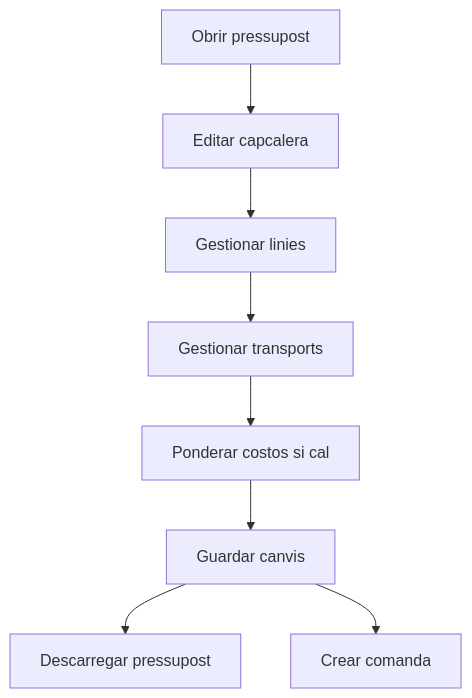
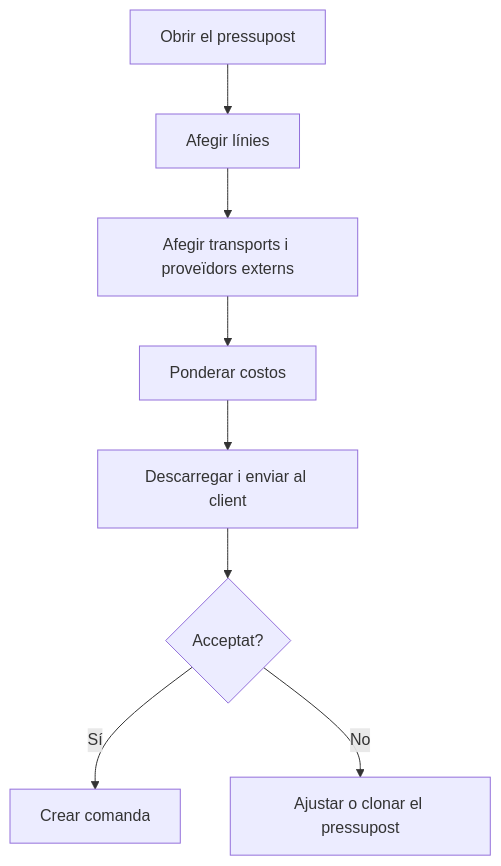
Before and after one commit to MGurtD/lilith: the diagram in frontend/src/help/ca/sales/budget/detail.md, drawn with Mermaid. The commit also changed other lines of this file and 331 other files, not shown here.

````diff
--- a/frontend/src/help/ca/sales/budget/detail.md
+++ b/frontend/src/help/ca/sales/budget/detail.md
@@ -42,10 +62,10 @@
 ```mermaid
 flowchart TD
-    A[Obrir pressupost] --> B[Editar capcalera]
-    B --> C[Gestionar linies]
-    C --> D[Gestionar transports]
-    D --> E[Ponderar costos si cal]
-    E --> F[Guardar canvis]
-    F --> G[Descarregar pressupost]
-    F --> H[Crear comanda]
+    A[Obrir el pressupost] --> B[Afegir línies]
+    B --> C[Afegir transports i proveïdors externs]
+    C --> D[Ponderar costos]
+    D --> E[Descarregar i enviar al client]
+    E --> F{Acceptat?}
+    F -->|Sí| G[Crear comanda]
+    F -->|No| H[Ajustar o clonar el pressupost]
 ```
````
